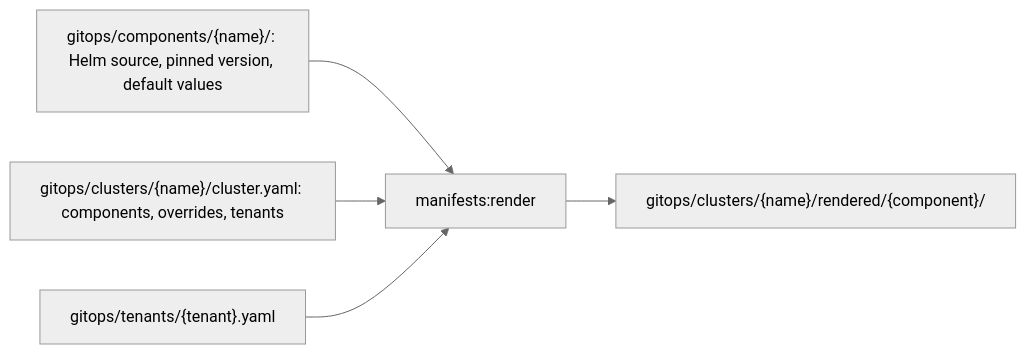
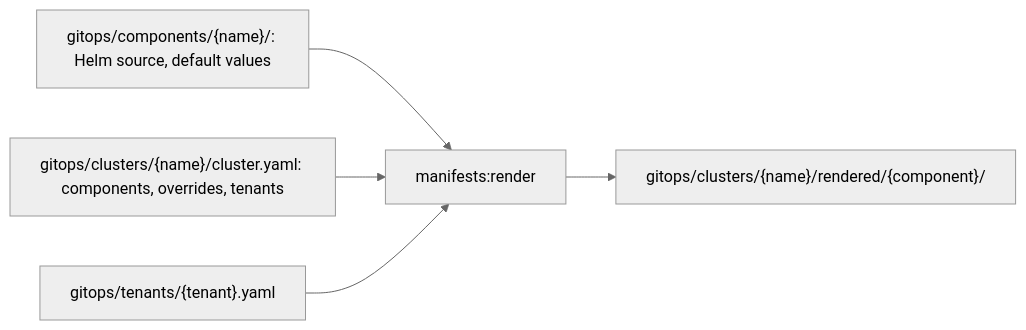
Before and after one commit to gsuquet/infra: the diagram in docs/rfc/0006-component-catalog-and-cluster-file.md, drawn with Mermaid (neutral theme). The commit also changed other lines of this file and 37 other files, not shown here.

````diff
--- a/docs/rfc/0006-component-catalog-and-cluster-file.md
+++ b/docs/rfc/0006-component-catalog-and-cluster-file.md
@@ -75,7 +80,7 @@
 ```mermaid
 flowchart LR
-    C["gitops/components/{name}/: Helm source, pinned version, default values"] --> R["manifests:render"]
+    C["gitops/components/{name}/: Helm source, default values"] --> R["manifests:render"]
     K["gitops/clusters/{name}/cluster.yaml: components, overrides, tenants"] --> R
     T["gitops/tenants/{tenant}.yaml"] --> R
     R --> O["gitops/clusters/{name}/rendered/{component}/"]
 ```
````
